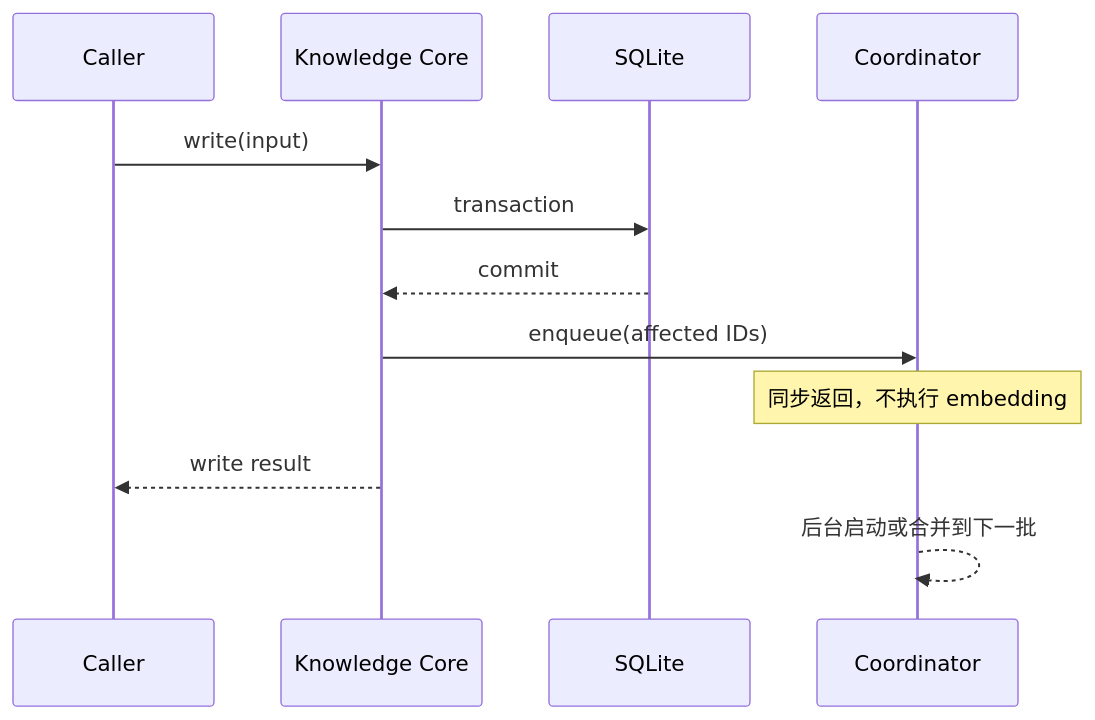
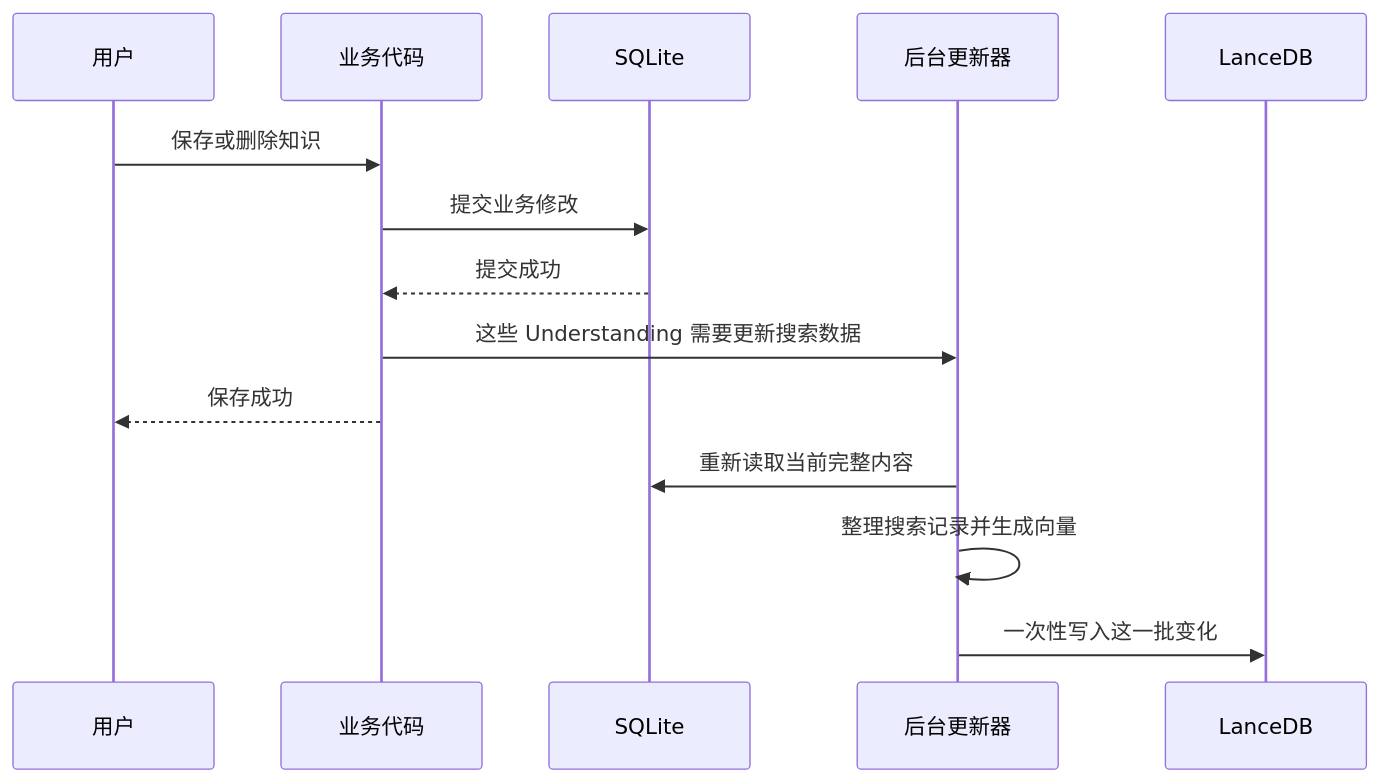
One commit to Floribunda1/reflecta changed the first of 4 diagrams in docs/references/technical/retrieval-index-sync.md. Above: the diagram before and after it, drawn with Mermaid. The commit also changed other lines of this file and 1 other file, not shown here.

````diff
--- a/docs/references/technical/retrieval-index-sync.md
+++ b/docs/references/technical/retrieval-index-sync.md
@@ -78,15 +26,17 @@
 ```mermaid
 sequenceDiagram
-    participant Caller
-    participant Core as Knowledge Core
-    participant DB as SQLite
-    participant C as Coordinator
+    participant User as 用户
+    participant App as 业务代码
+    participant SQLite
+    participant Background as 后台更新器
+    participant LanceDB
 
-    Caller->>Core: write(input)
-    Core->>DB: transaction
-    DB-->>Core: commit
-    Core->>C: enqueue(affected IDs)
-    Note over C: 同步返回，不执行 embedding
-    Core-->>Caller: write result
-    C-->>C: 后台启动或合并到下一批
+    User->>App: 保存或删除知识
+    App->>SQLite: 提交业务修改
+    SQLite-->>App: 提交成功
+    App->>Background: 这些 Understanding 需要更新搜索数据
+    App-->>User: 保存成功
+    Background->>SQLite: 重新读取当前完整内容
+    Background->>Background: 整理搜索记录并生成向量
+    Background->>LanceDB: 一次性写入这一批变化
 ```
````
